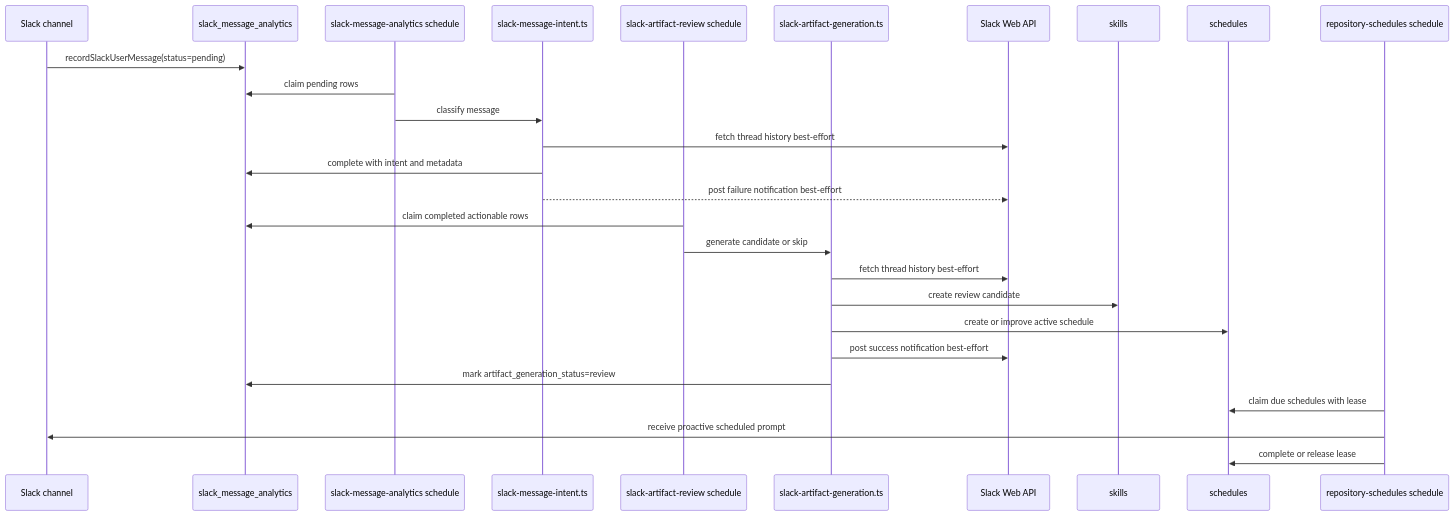
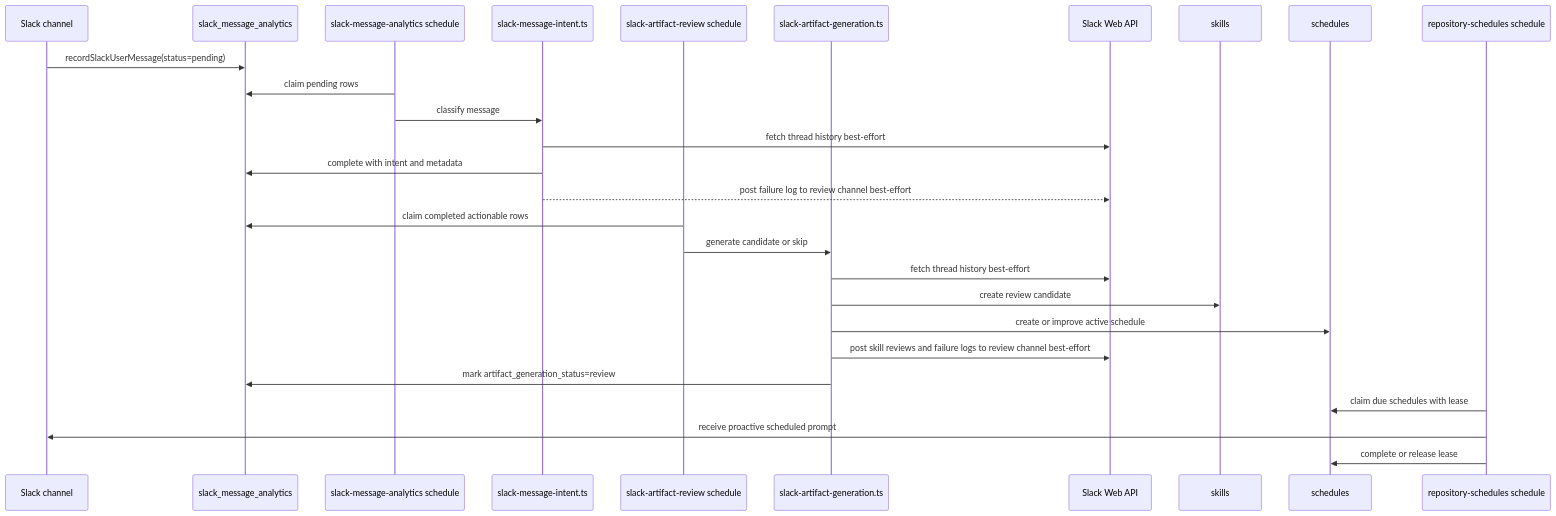
One commit to GorobVictor/slack-ai-agent-eve changed the third of 3 diagrams in AGENTS.md. Above: the diagram before and after it, drawn with Mermaid. The commit also changed other lines of this file and 2 other files, not shown here.

First line of the commit message:
ref: document Slack skill review workflow

````diff
--- a/AGENTS.md
+++ b/AGENTS.md
@@ -356,30 +357,30 @@
 ```mermaid
 sequenceDiagram
   participant Slack as Slack channel
   participant DB as slack_message_analytics
   participant AnalysisSchedule as slack-message-analytics schedule
   participant Intent as slack-message-intent.ts
   participant ArtifactSchedule as slack-artifact-review schedule
   participant Generator as slack-artifact-generation.ts
   participant SlackAPI as Slack Web API
   participant Skills as skills
   participant Schedules as schedules
   participant ScheduleDispatcher as repository-schedules schedule
 
   Slack->>DB: recordSlackUserMessage(status=pending)
   AnalysisSchedule->>DB: claim pending rows
   AnalysisSchedule->>Intent: classify message
   Intent->>SlackAPI: fetch thread history best-effort
   Intent->>DB: complete with intent and metadata
-  Intent-->>SlackAPI: post failure notification best-effort
+ Intent-->>SlackAPI: post failure log to review channel best-effort
   ArtifactSchedule->>DB: claim completed actionable rows
   ArtifactSchedule->>Generator: generate candidate or skip
   Generator->>SlackAPI: fetch thread history best-effort
   Generator->>Skills: create review candidate
   Generator->>Schedules: create or improve active schedule
-  Generator->>SlackAPI: post success notification best-effort
+ Generator->>SlackAPI: post skill reviews and failure logs to review channel best-effort
   Generator->>DB: mark artifact_generation_status=review
   ScheduleDispatcher->>Schedules: claim due schedules with lease
   ScheduleDispatcher->>Slack: receive proactive scheduled prompt
   ScheduleDispatcher->>Schedules: complete or release lease
 ```
````
